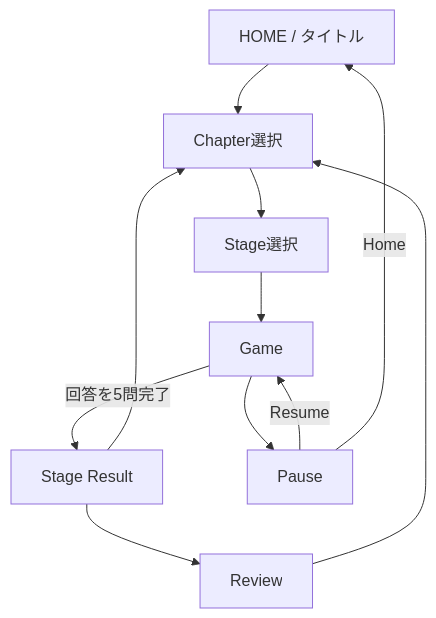
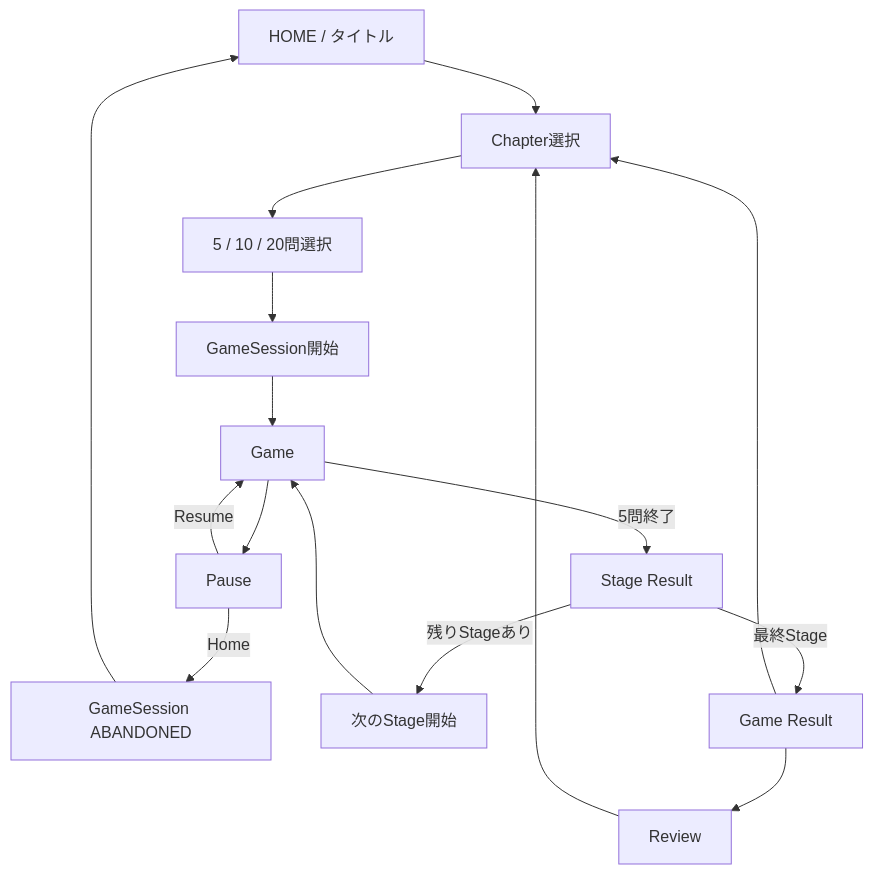
The eighth of 30 diagrams in README.md (suu-dev-0203/graduation_JAVAgame), drawn with Mermaid before and after one commit. The commit also changed other lines of this file, not shown here.

````diff
--- a/README.md
+++ b/README.md
@@ -298,15 +419,20 @@
 ```mermaid
 flowchart TD
     HOME[HOME / タイトル] --> CH[Chapter選択]
-    CH --> ST[Stage選択]
-    ST --> GAME[Game]
-
-    GAME -->|回答を5問完了| RESULT[Stage Result]
-    RESULT --> REVIEW[Review]
-    RESULT --> CH
-    REVIEW --> CH
+    CH --> COUNT[5 / 10 / 20問選択]
+    COUNT --> START[GameSession開始]
+    START --> GAME[Game]
 
     GAME --> PAUSE[Pause]
     PAUSE -->|Resume| GAME
-    PAUSE -->|Home| HOME
+    PAUSE -->|Home| ABANDON[GameSession ABANDONED]
+    ABANDON --> HOME
+
+    GAME -->|5問終了| SR[Stage Result]
+    SR -->|残りStageあり| NEXT[次のStage開始]
+    NEXT --> GAME
+    SR -->|最終Stage| GR[Game Result]
+    GR --> REVIEW[Review]
+    GR --> CH
+    REVIEW --> CH
 ```
````
